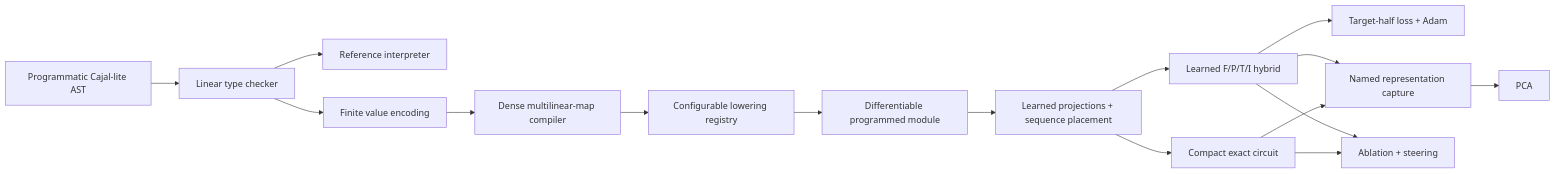
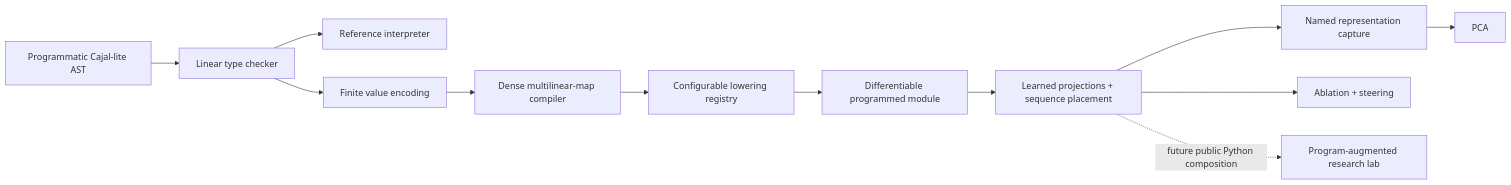
Before and after one commit to quangng2000/riftco-transformer: the diagram in docs/COMPILING_TO_TRANSFORMERS.md, drawn with Mermaid. The commit also changed other lines of this file and 124 other files, not shown here.

````diff
--- a/docs/COMPILING_TO_TRANSFORMERS.md
+++ b/docs/COMPILING_TO_TRANSFORMERS.md
@@ -39,18 +45,14 @@
 ```mermaid
 flowchart LR
     A["Programmatic Cajal-lite AST"] --> B["Linear type checker"]
     B --> C["Reference interpreter"]
     B --> D["Finite value encoding"]
     D --> E["Dense multilinear-map compiler"]
     E --> F["Configurable lowering registry"]
     F --> G["Differentiable programmed module"]
     G --> H["Learned projections + sequence placement"]
-    H --> I["Compact exact circuit"]
-    H --> M["Learned F/P/T/I hybrid"]
-    M --> N["Target-half loss + Adam"]
-    I --> J["Named representation capture"]
-    M --> J
+    H --> J["Named representation capture"]
     J --> K["PCA"]
-    I --> L["Ablation + steering"]
-    M --> L
+    H --> L["Ablation + steering"]
+    H -. "future public Python composition" .-> M["Program-augmented research lab"]
 ```
````
